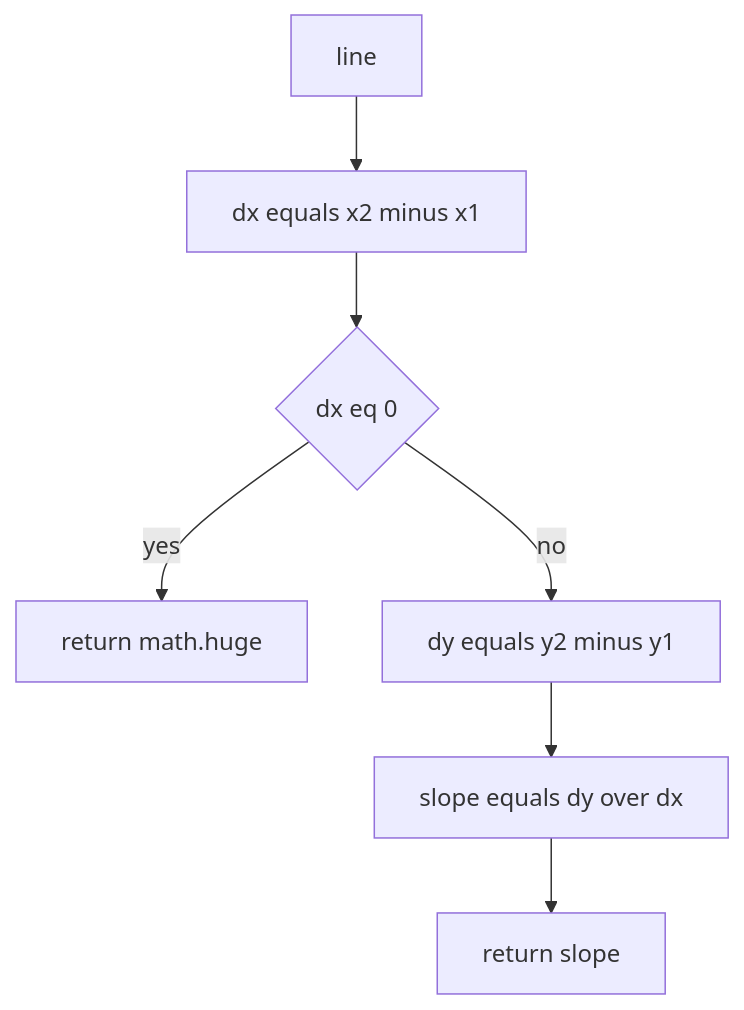
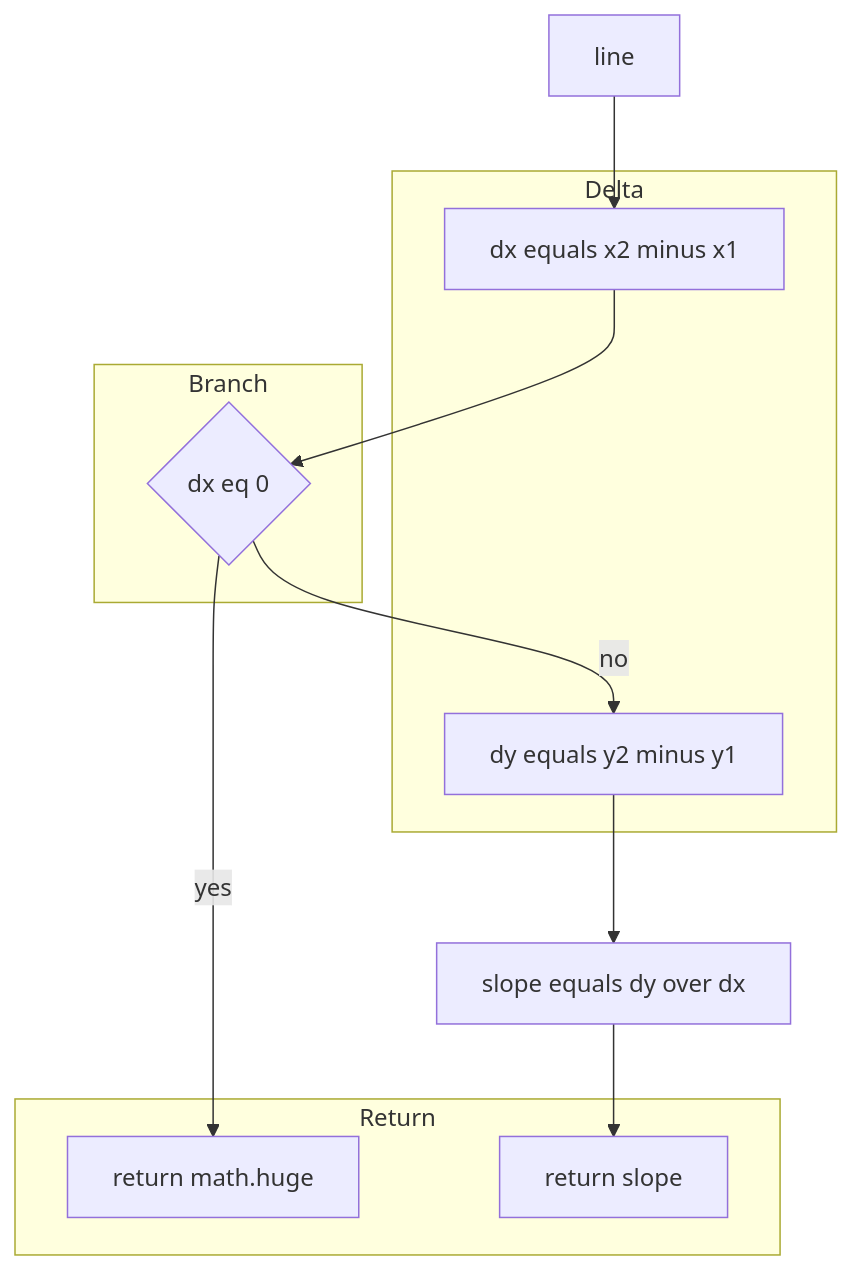
One commit to Gh0st352/AETHR changed the third of 4 diagrams in docs/poly/rays_midpoints_and_slopes.md. Above: the diagram before and after it, drawn with Mermaid. The commit also changed other lines of this file and 9 other files, not shown here.

First line of the commit message:
docs(poly): improve README headings and mermaid diagrams

````diff
--- a/docs/poly/rays_midpoints_and_slopes.md
+++ b/docs/poly/rays_midpoints_and_slopes.md
@@ -52,9 +94,28 @@
 ```mermaid
+%% shared theme: docs/_mermaid/theme.json %%
 flowchart TD
   S1[line] --> DX[dx equals x2 minus x1]
   DX --> VERT{dx eq 0}
   VERT -->|yes| INF[return math.huge]
   VERT -->|no| DY[dy equals y2 minus y1]
   DY --> DIV[slope equals dy over dx]
   DIV --> SOUT[return slope]
+
+  subgraph "Delta"
+    DX
+    DY
+  end
+  subgraph "Branch"
+    VERT
+  end
+  subgraph "Return"
+    INF
+    SOUT
+  end
+
+  class S1 class_io;
+  class DX,DY class_step;
+  class DIV class_compute;
+  class VERT class_decision;
+  class INF,SOUT class_result;
 ```
````
